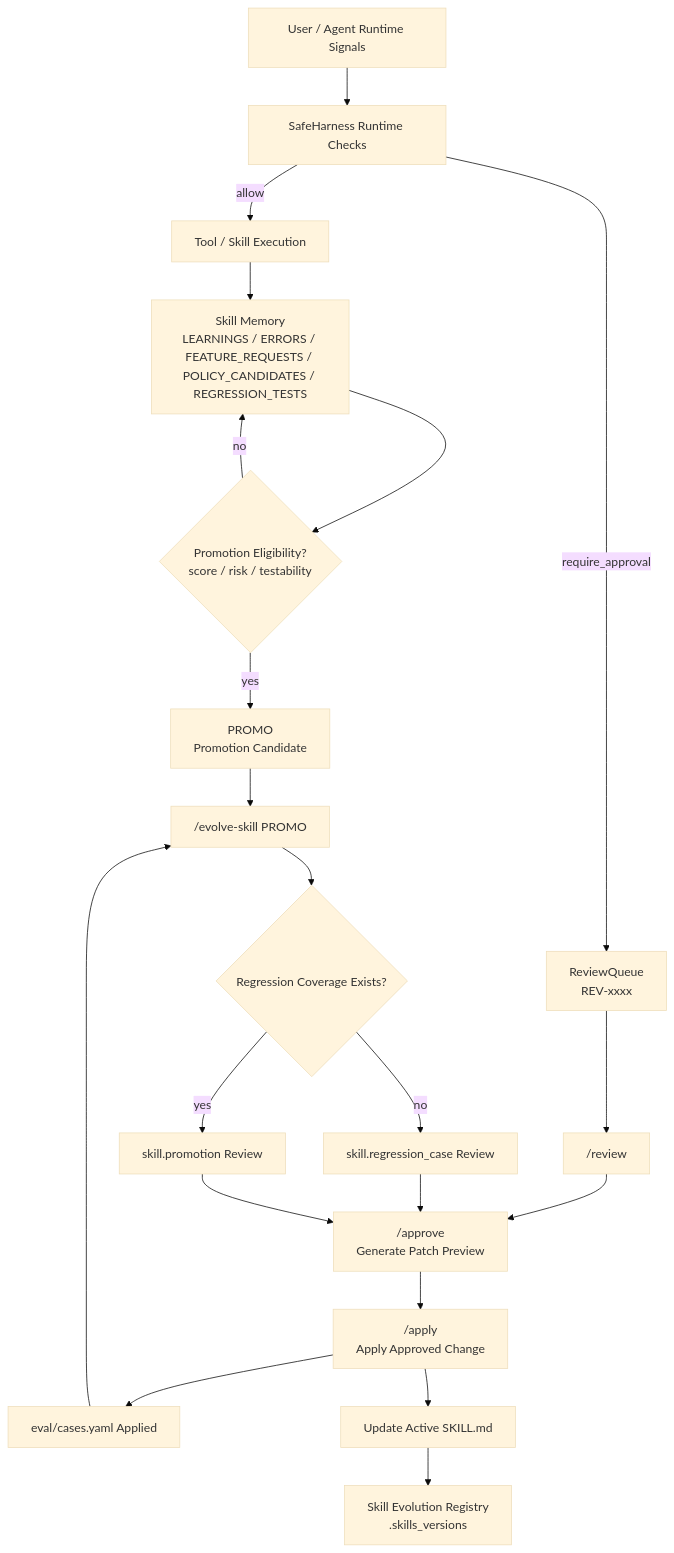
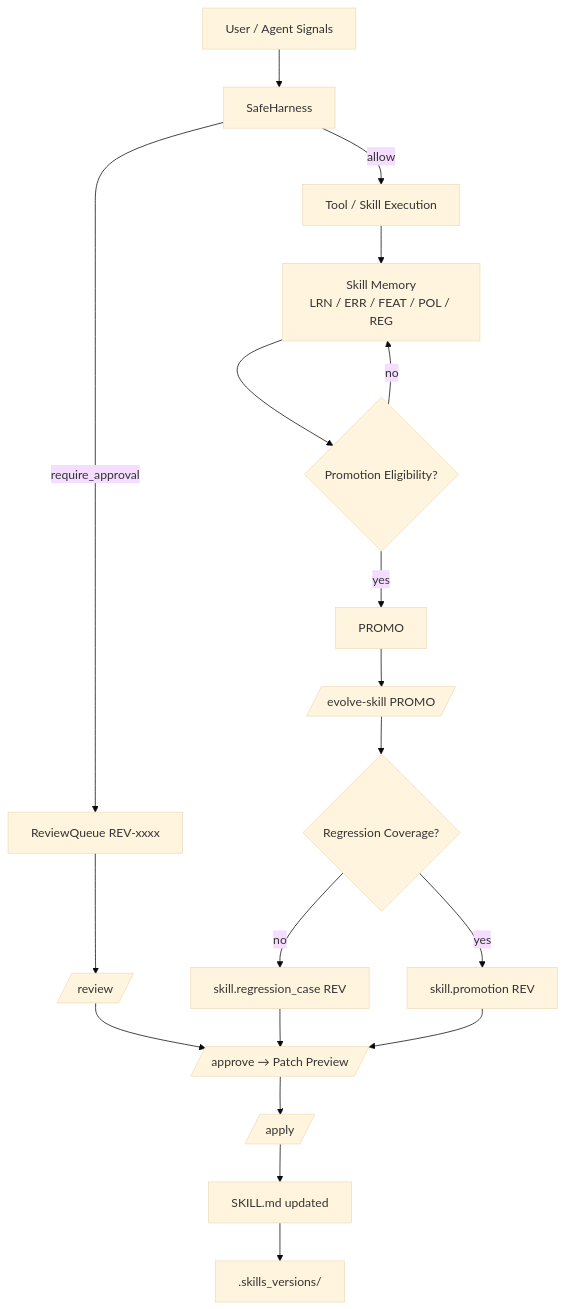
Before and after one commit to DangerousSONG/harness_agent: the diagram in README.md, drawn with Mermaid (base theme). The commit also changed other lines of this file, not shown here.

````diff
--- a/README.md
+++ b/README.md
@@ -68,27 +80,21 @@
 ```mermaid
 flowchart TD
-    A["User / Agent Runtime Signals"] --> B["SafeHarness Runtime Checks"]
-    B -->|allow| C["Tool / Skill Execution"]
-    B -->|require_approval| D["ReviewQueue<br/>REV-xxxx"]
-
-    D --> E["/review"]
-    E --> F["/approve<br/>Generate Patch Preview"]
-    F --> G["/apply<br/>Apply Approved Change"]
-
-    C --> H["Skill Memory<br/>LEARNINGS / ERRORS / FEATURE_REQUESTS / POLICY_CANDIDATES / REGRESSION_TESTS"]
-    H --> I{"Promotion Eligibility?<br/>score / risk / testability"}
-    I -->|yes| J["PROMO<br/>Promotion Candidate"]
+    A[User / Agent Signals] --> B[SafeHarness]
+    B -->|allow| C[Tool / Skill Execution]
+    B -->|require_approval| D[ReviewQueue REV-xxxx]
+    D --> E[/review/]
+    E --> F[/approve → Patch Preview/]
+    F --> G[/apply/]
+    C --> H[Skill Memory<br/>LRN / ERR / FEAT / POL / REG]
+    H --> I{Promotion Eligibility?}
+    I -->|yes| J[PROMO]
     I -->|no| H
-
-    J --> K["/evolve-skill PROMO"]
-    K --> L{"Regression Coverage Exists?"}
-    L -->|no| M["skill.regression_case Review"]
+    J --> K[/evolve-skill PROMO/]
+    K --> L{Regression Coverage?}
+    L -->|no| M[skill.regression_case REV]
     M --> F
-    G --> N["eval/cases.yaml Applied"]
-
-    L -->|yes| O["skill.promotion Review"]
-    N --> K
+    L -->|yes| O[skill.promotion REV]
     O --> F
-    G --> P["Update Active SKILL.md"]
-    P --> Q["Skill Evolution Registry<br/>.skills_versions"]
+    G --> P[SKILL.md updated]
+    P --> Q[.skills_versions/]
 ```
````
